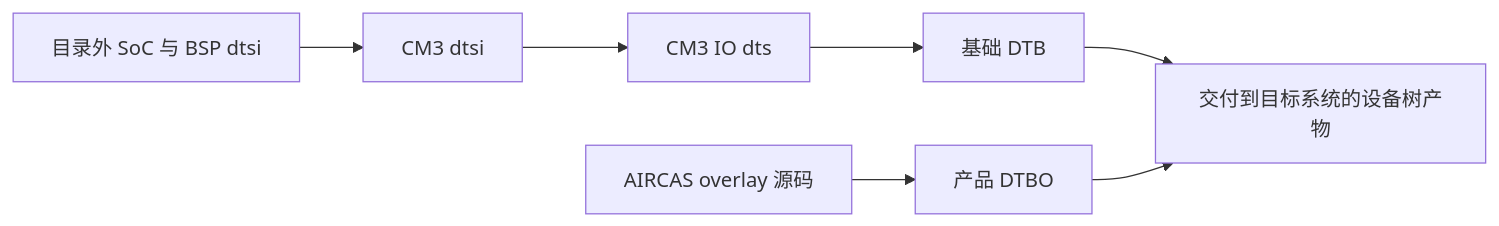
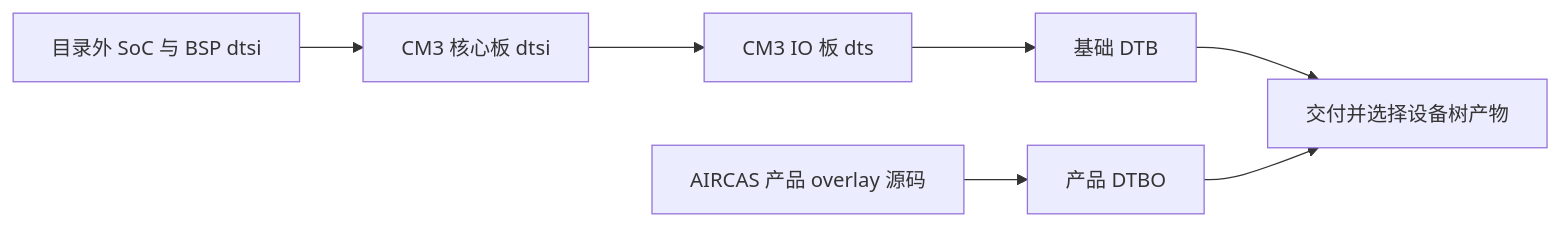
The diagram in docs/RK3566_项目学习/04_设备树与overlay.md (Bamboo-tt/RK3566_Ground_segment), drawn with Mermaid before and after one commit. The commit also changed other lines of this file and 19 other files, not shown here.

````diff
--- a/docs/RK3566_项目学习/04_设备树与overlay.md
+++ b/docs/RK3566_项目学习/04_设备树与overlay.md
@@ -27,9 +64,9 @@
 ```mermaid
 flowchart LR
-    SOC[目录外 SoC 与 BSP dtsi] --> CM3[CM3 dtsi]
-    CM3 --> IO[CM3 IO dts]
-    IO --> DTB[基础 DTB]
-    PRODUCT[AIRCAS overlay 源码] --> DTBO[产品 DTBO]
-    DTB --> DELIVERY[交付到目标系统的设备树产物]
-    DTBO --> DELIVERY
+    SOC[目录外 SoC 与 BSP dtsi] --> CM3[CM3 核心板 dtsi]
+    CM3 --> BOARD[CM3 IO 板 dts]
+    BOARD --> DTB[基础 DTB]
+    PRODUCT[AIRCAS 产品 overlay 源码] --> DTBO[产品 DTBO]
+    DTB --> FILES[交付并选择设备树产物]
+    DTBO --> FILES
 ```
````
